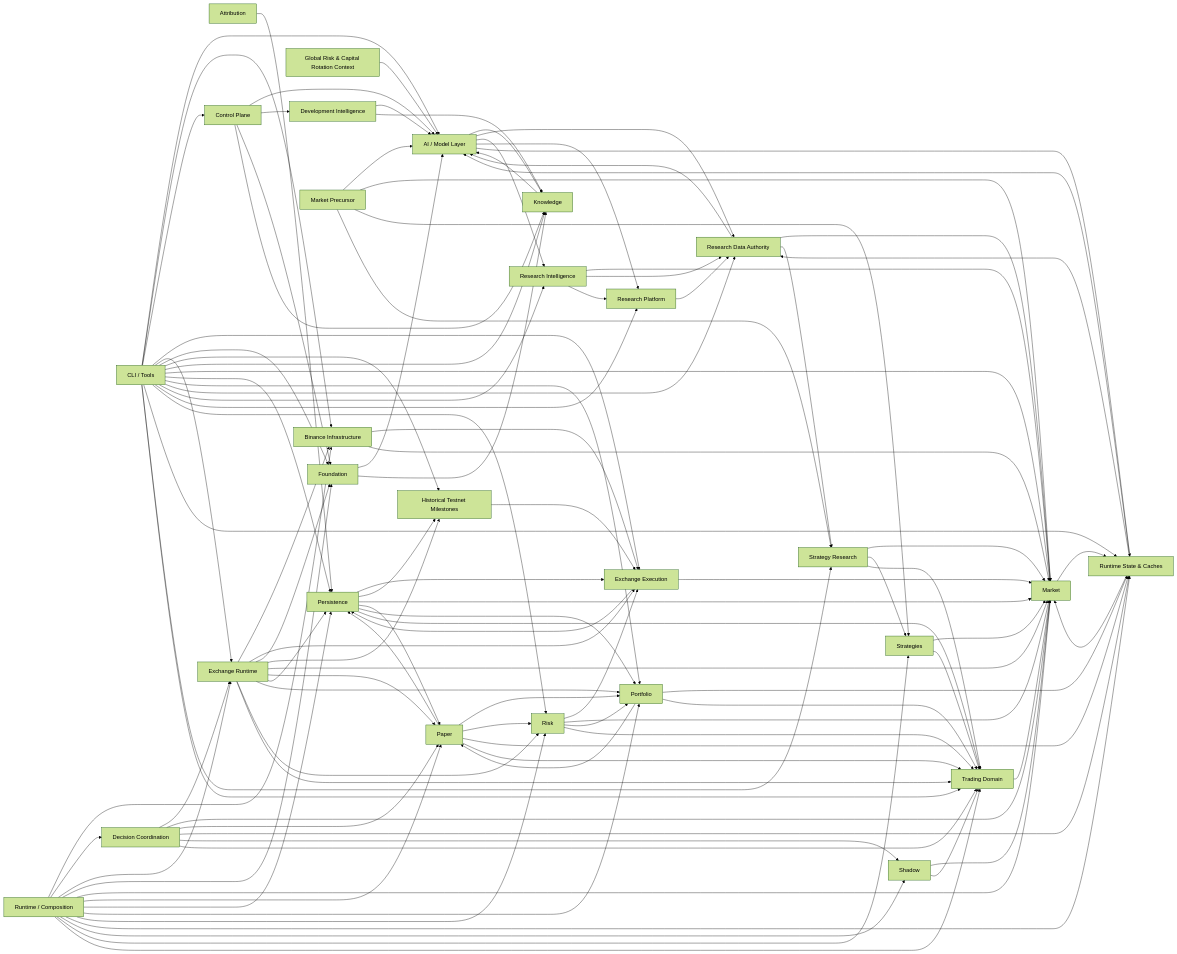
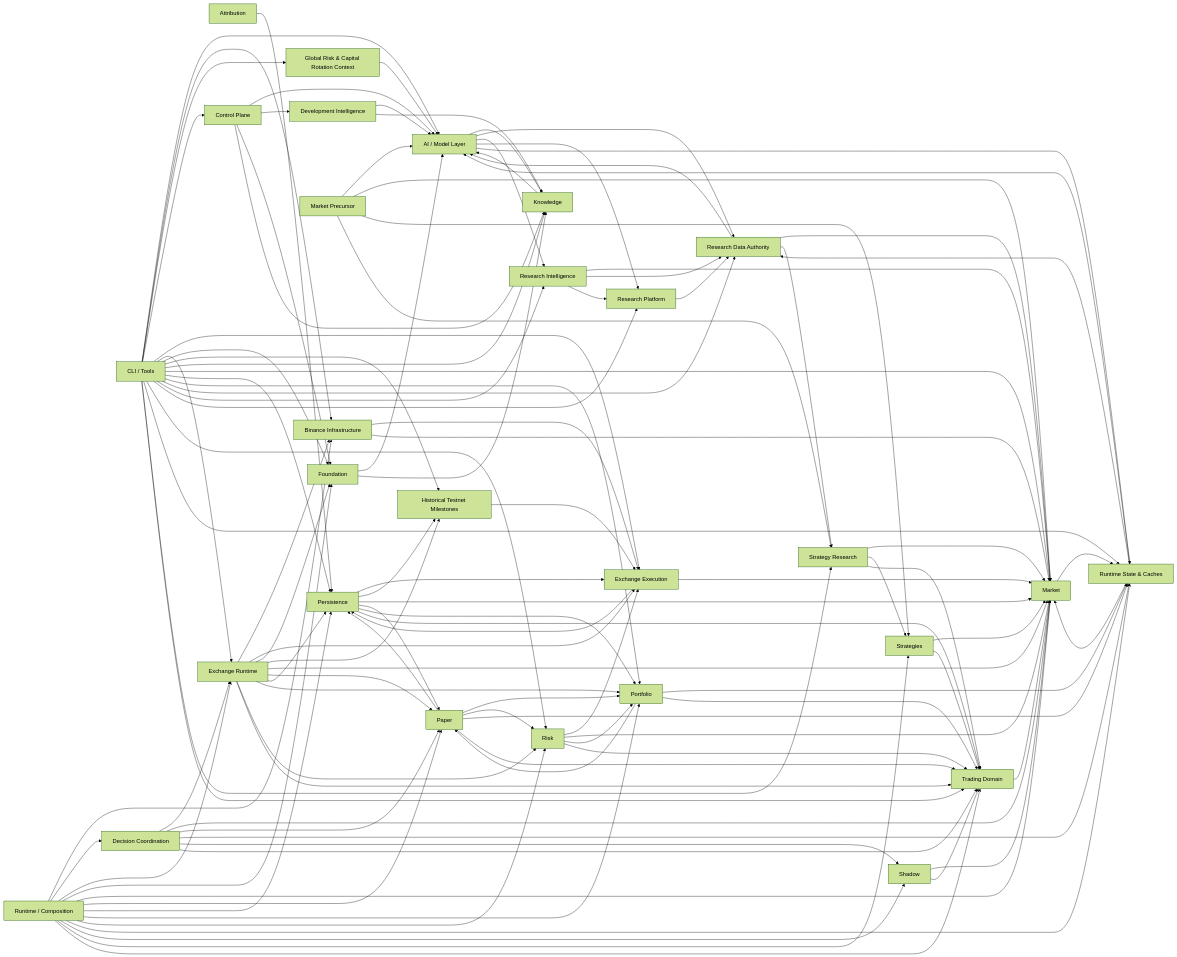
Before and after one commit to ContrastPro/chappie: the diagram in docs/architecture/generated/package_dependencies.mmd, drawn with Mermaid (forest theme). The commit also changed 7 other files, not shown here.

```diff
--- a/docs/architecture/generated/package_dependencies.mmd
+++ b/docs/architecture/generated/package_dependencies.mmd
@@ -1,139 +1,140 @@
 %% Generated by tools/architecture/generate.py; do not edit.
 flowchart LR
     ai_model_layer["AI / Model Layer"]
     attribution["Attribution"]
     binance_infrastructure["Binance Infrastructure"]
     capital_flow_context["Global Risk & Capital Rotation Context"]
     cli_tools["CLI / Tools"]
     control_plane["Control Plane"]
     coordination["Decision Coordination"]
     development_intelligence["Development Intelligence"]
     exchange_execution["Exchange Execution"]
     exchange_runtime["Exchange Runtime"]
     foundation["Foundation"]
     historical_execution["Historical Testnet Milestones"]
     knowledge["Knowledge"]
     market["Market"]
     market_precursor["Market Precursor"]
     paper["Paper"]
     persistence["Persistence"]
     portfolio["Portfolio"]
     research_data["Research Data Authority"]
     research_intelligence["Research Intelligence"]
     research_platform["Research Platform"]
     risk["Risk"]
     runtime["Runtime / Composition"]
     runtime_state["Runtime State & Caches"]
     shadow["Shadow"]
     strategies["Strategies"]
     strategy_research["Strategy Research"]
     trading_domain["Trading Domain"]
     ai_model_layer --> knowledge
     ai_model_layer --> research_data
     ai_model_layer --> research_intelligence
     ai_model_layer --> research_platform
     ai_model_layer --> runtime_state
     attribution --> persistence
     binance_infrastructure --> exchange_execution
     binance_infrastructure --> market
     capital_flow_context --> ai_model_layer
     cli_tools --> ai_model_layer
     cli_tools --> binance_infrastructure
+    cli_tools --> capital_flow_context
     cli_tools --> control_plane
     cli_tools --> exchange_execution
     cli_tools --> exchange_runtime
     cli_tools --> foundation
     cli_tools --> historical_execution
     cli_tools --> knowledge
     cli_tools --> market
     cli_tools --> persistence
     cli_tools --> portfolio
     cli_tools --> research_data
     cli_tools --> research_intelligence
     cli_tools --> research_platform
     cli_tools --> risk
     cli_tools --> runtime_state
     cli_tools --> strategy_research
     cli_tools --> trading_domain
     control_plane --> ai_model_layer
     control_plane --> development_intelligence
     control_plane --> foundation
     control_plane --> knowledge
     coordination --> exchange_runtime
     coordination --> market
     coordination --> paper
     coordination --> runtime_state
     coordination --> shadow
     coordination --> trading_domain
     development_intelligence --> ai_model_layer
     development_intelligence --> knowledge
     exchange_execution --> market
     exchange_execution --> persistence
     exchange_runtime --> binance_infrastructure
     exchange_runtime --> exchange_execution
     exchange_runtime --> foundation
     exchange_runtime --> historical_execution
     exchange_runtime --> market
     exchange_runtime --> paper
     exchange_runtime --> persistence
     exchange_runtime --> portfolio
     exchange_runtime --> risk
     exchange_runtime --> trading_domain
     foundation --> ai_model_layer
     foundation --> knowledge
     historical_execution --> exchange_execution
     knowledge --> ai_model_layer
     market --> runtime_state
     market_precursor --> ai_model_layer
     market_precursor --> market
     market_precursor --> strategies
     market_precursor --> strategy_research
     paper --> persistence
     paper --> portfolio
     paper --> risk
     paper --> runtime_state
     paper --> trading_domain
     persistence --> exchange_execution
     persistence --> historical_execution
     persistence --> market
     persistence --> paper
     persistence --> portfolio
     persistence --> trading_domain
     portfolio --> paper
     portfolio --> runtime_state
     portfolio --> trading_domain
     research_data --> ai_model_layer
     research_data --> market
     research_data --> strategy_research
     research_intelligence --> market
     research_intelligence --> research_data
     research_intelligence --> research_platform
     research_platform --> research_data
     risk --> exchange_execution
     risk --> market
     risk --> portfolio
     risk --> trading_domain
     runtime --> binance_infrastructure
     runtime --> coordination
     runtime --> exchange_runtime
     runtime --> foundation
     runtime --> market
     runtime --> paper
     runtime --> persistence
     runtime --> portfolio
     runtime --> risk
     runtime --> runtime_state
     runtime --> shadow
     runtime --> strategies
     runtime --> trading_domain
     runtime_state --> ai_model_layer
     runtime_state --> market
     runtime_state --> research_data
     shadow --> market
     shadow --> trading_domain
     strategies --> market
     strategies --> trading_domain
     strategy_research --> market
     strategy_research --> strategies
     strategy_research --> trading_domain
     trading_domain --> market
```
